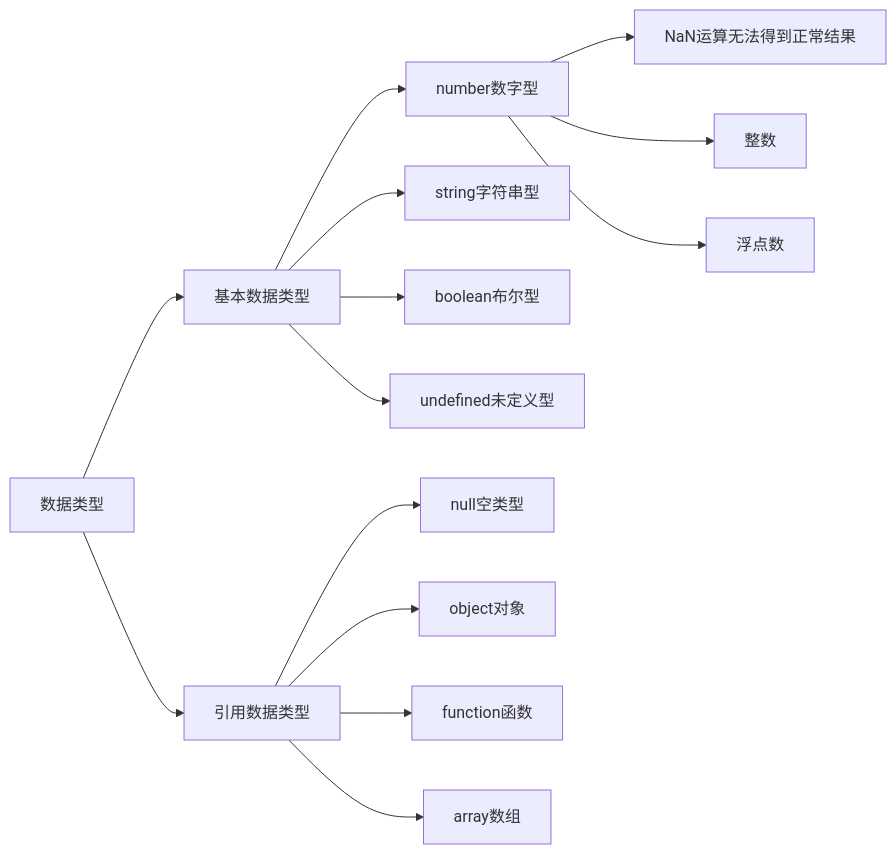
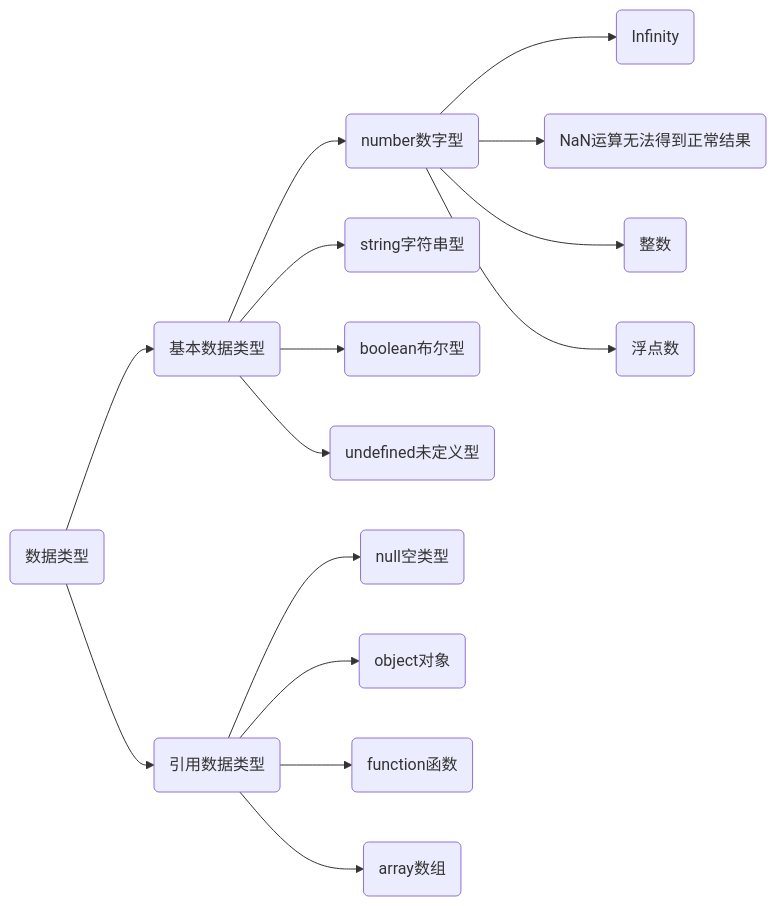
The first of 2 diagrams in docs/js/a-base/03-类型.md (hughxusu/lesson-web), drawn with Mermaid before and after one commit. The commit also changed other lines of this file and 31 other files, not shown here.

````diff
--- a/docs/js/a-base/03-类型.md
+++ b/docs/js/a-base/03-类型.md
@@ -5,16 +5,17 @@
 ```mermaid
 graph LR
-数据类型-->基本数据类型
-基本数据类型-->number数字型
-number数字型-->NaN运算无法得到正常结果
-number数字型-->整数
-number数字型-->浮点数
-基本数据类型-->string字符串型
-基本数据类型-->boolean布尔型
-基本数据类型-->undefined未定义型
-数据类型-->引用数据类型
-引用数据类型-->null空类型
-引用数据类型-->object对象
-引用数据类型-->function函数
-引用数据类型-->array数组
+a(数据类型)-->b(基本数据类型)
+b-->c(number数字型)
+c-->p(Infinity)
+c-->d(NaN运算无法得到正常结果)
+c-->e(整数)
+c-->f(浮点数)
+b-->g(string字符串型)
+b-->h(boolean布尔型)
+b-->i(undefined未定义型)
+a-->k(引用数据类型)
+k-->l(null空类型)
+k-->m(object对象)
+k-->n(function函数)
+k-->o(array数组)
 ```
````
